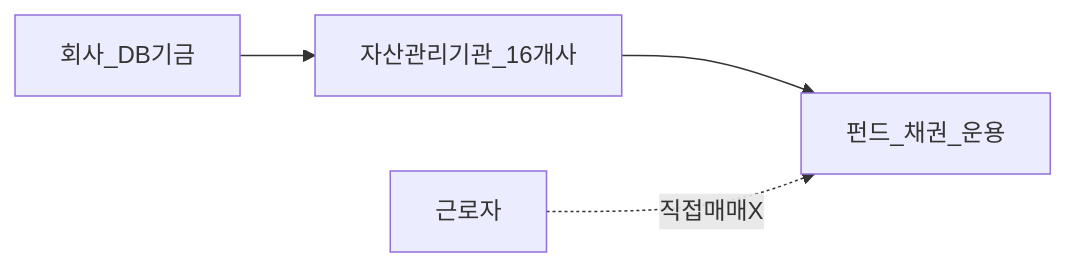
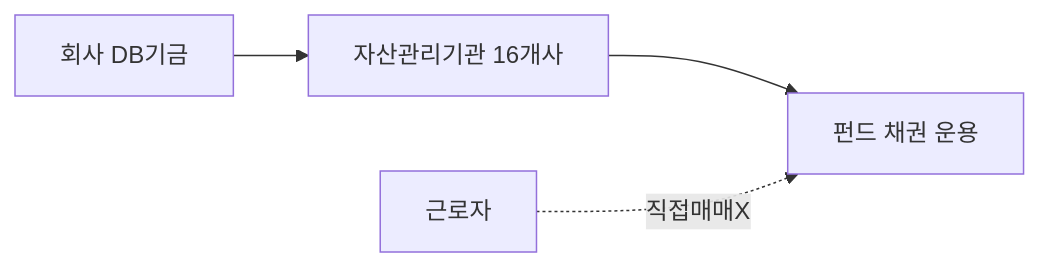
The second of 3 diagrams in 06-korea-policy/db-vs-dc-pension.md (goldanghenry/Finances), drawn with Mermaid before and after one commit. The commit also changed other lines of this file and 211 other files, not shown here.

````diff
--- a/06-korea-policy/db-vs-dc-pension.md
+++ b/06-korea-policy/db-vs-dc-pension.md
@@ -113,6 +122,6 @@
 ```mermaid
 flowchart LR
-  Co[회사_DB기금] --> AM[자산관리기관_16개사]
-  AM --> Fund[펀드_채권_운용]
+  Co["회사 DB기금"] --> AM["자산관리기관 16개사"]
+  AM --> Fund["펀드 채권 운용"]
   Worker[근로자] -.->|직접매매X| Fund
 ```
````
